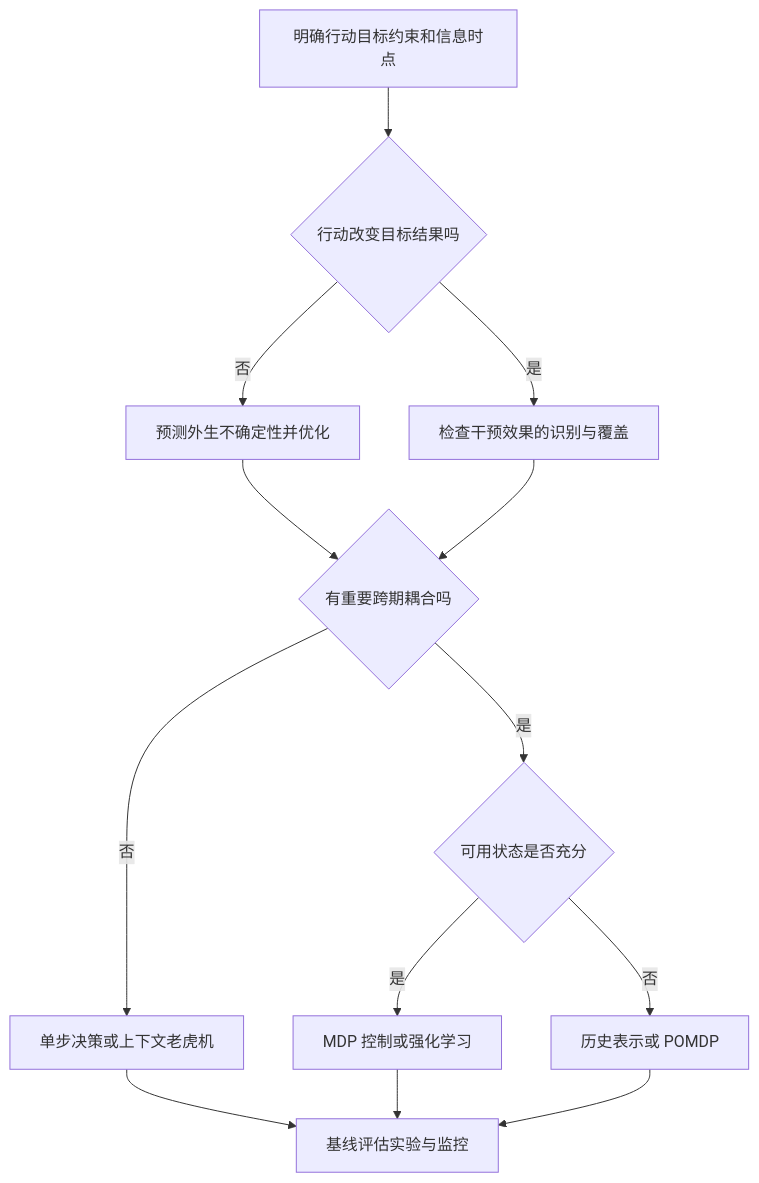
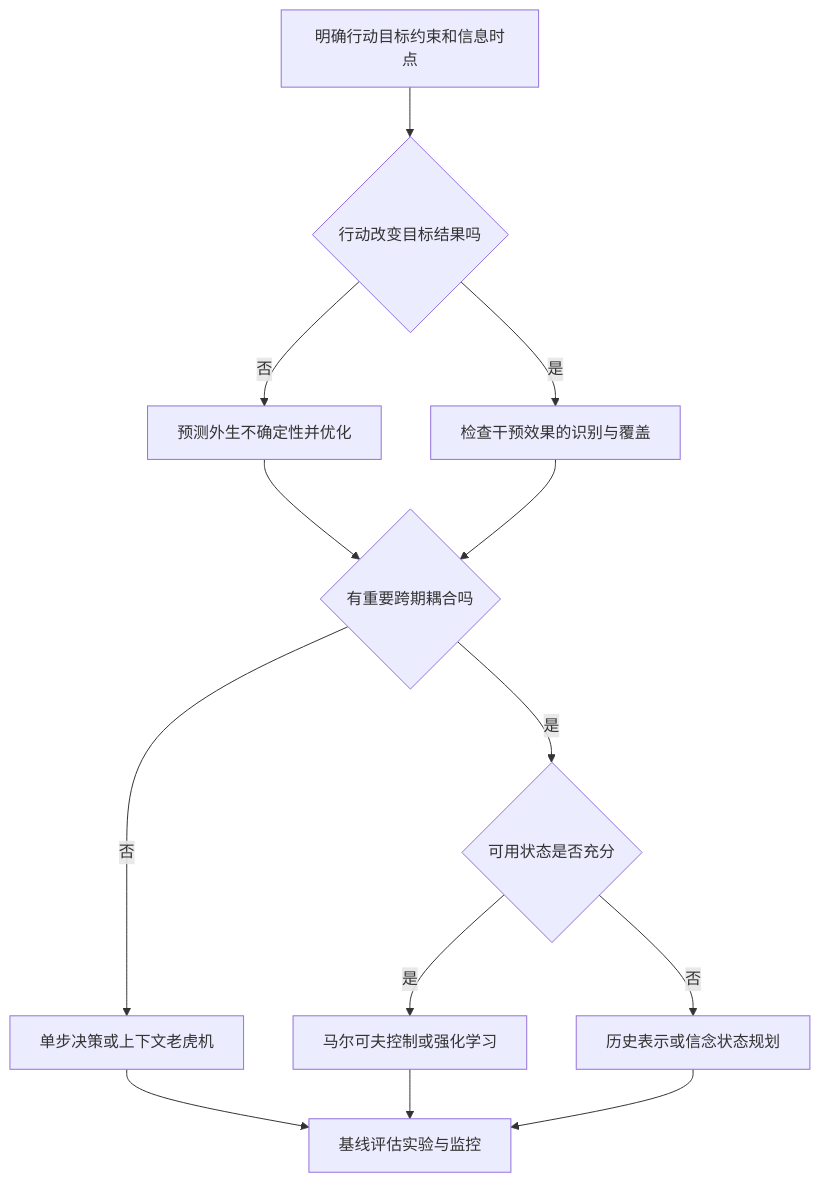
One commit to almostoptimal/stats changed the second of 2 diagrams in notes/决策科学的统一框架-复杂性结构假设与有限理性.md. Above: the diagram before and after it, drawn with Mermaid. The commit also changed other lines of this file, not shown here.

````diff
--- a/notes/决策科学的统一框架-复杂性结构假设与有限理性.md
+++ b/notes/决策科学的统一框架-复杂性结构假设与有限理性.md
@@ -848,15 +1124,15 @@
 ```mermaid
 flowchart TD
     A[明确行动目标约束和信息时点] --> B{行动改变目标结果吗}
     B -->|否| C[预测外生不确定性并优化]
     B -->|是| D[检查干预效果的识别与覆盖]
     C --> E{有重要跨期耦合吗}
     D --> E
     E -->|否| F[单步决策或上下文老虎机]
     E -->|是| G{可用状态是否充分}
-    G -->|是| H[MDP 控制或强化学习]
-    G -->|否| I[历史表示或 POMDP]
+    G -->|是| H[马尔可夫控制或强化学习]
+    G -->|否| I[历史表示或信念状态规划]
     F --> J[基线评估实验与监控]
     H --> J
     I --> J
 ```
````
